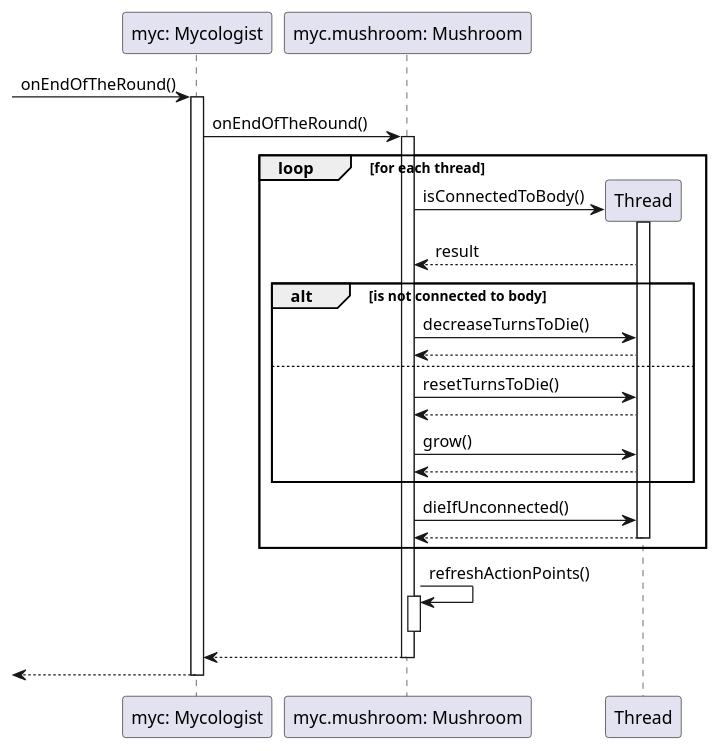
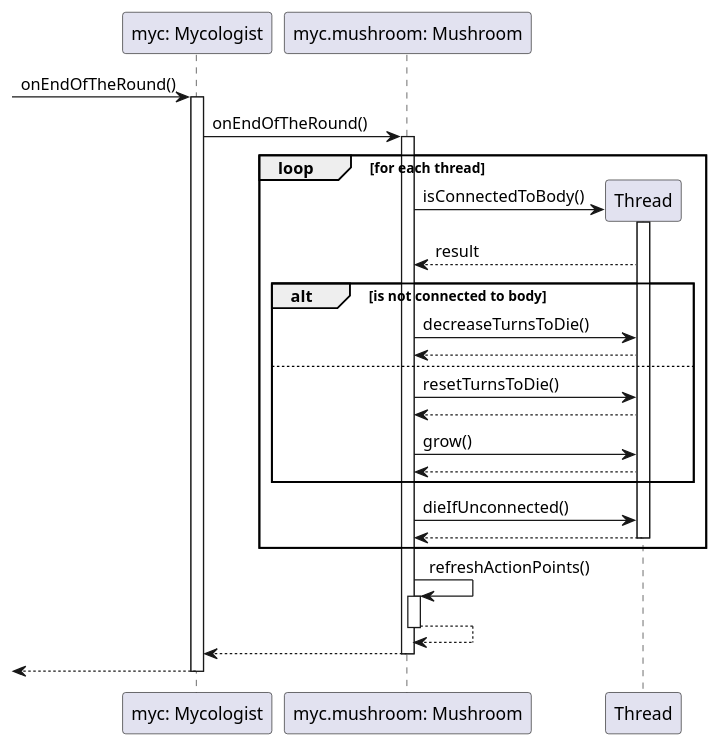
Before and after one commit to dzsem/projlab: the diagram in diagrams/sequence/player/mycologist/onEndOfTheRound.plantuml, drawn with PlantUML. The commit also changed 17 other files, not shown here.

Commit message:
Patch diagrams round 1

```diff
--- a/diagrams/sequence/player/mycologist/onEndOfTheRound.plantuml
+++ b/diagrams/sequence/player/mycologist/onEndOfTheRound.plantuml
@@ -1,44 +1,46 @@
 @startuml Mycologist.onEndOfTheRound
 
 participant "myc: Mycologist" as myc
 participant "myc.mushroom: Mushroom" as m
 
 -> myc: onEndOfTheRound()
 activate myc
 
 myc -> m: onEndOfTheRound()
 activate m
 
 loop for each thread
 	create participant Thread
 	m -> Thread: isConnectedToBody()
 	activate Thread
 	m <-- Thread: result
 
 	alt is not connected to body
 		m -> Thread: decreaseTurnsToDie()
 		m <-- Thread
 	else
 		m -> Thread: resetTurnsToDie()
 		m <-- Thread
 
 		m -> Thread: grow()
 		m <-- Thread
 	end
 
 	m -> Thread: dieIfUnconnected()
 	m <-- Thread
 	deactivate Thread
 end
 
 m -> m: refreshActionPoints()
 activate m
+
+m --> m
 deactivate m
 
 myc <-- m
 deactivate m
 
 <-- myc
 deactivate myc
 
 @enduml
```
